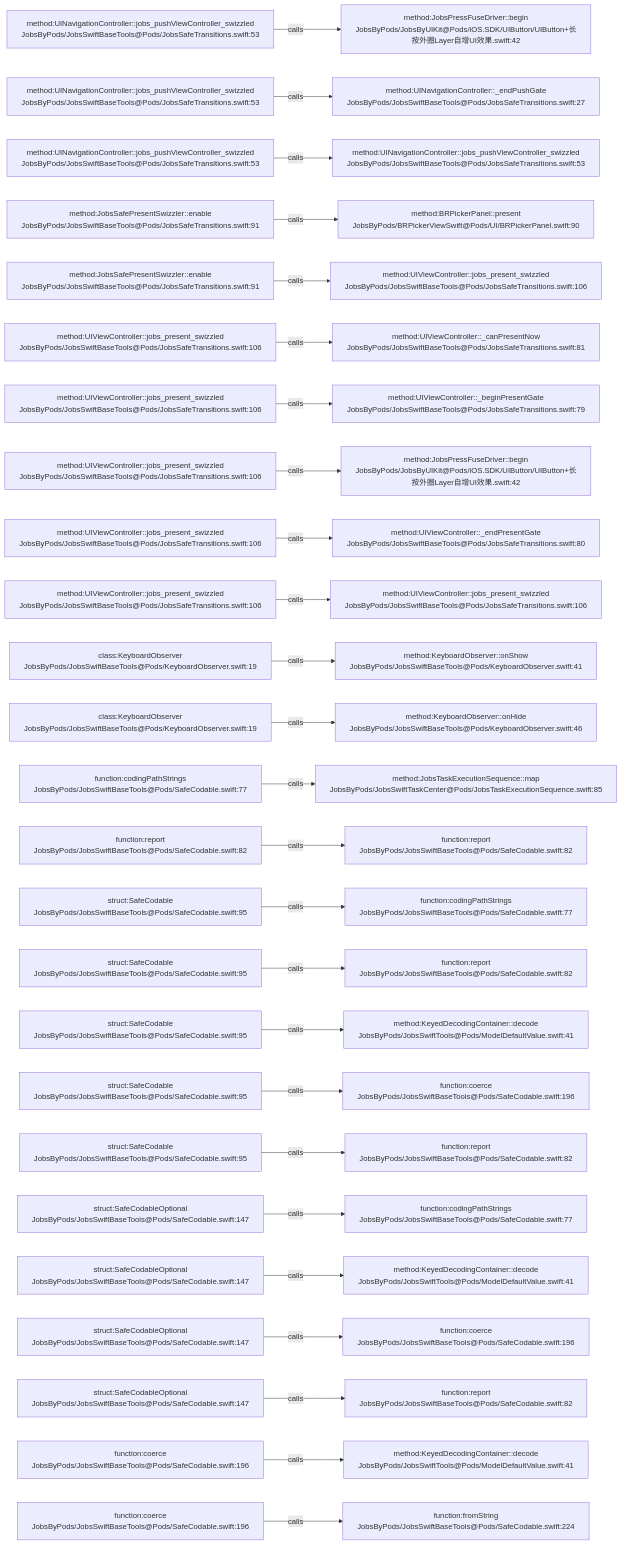
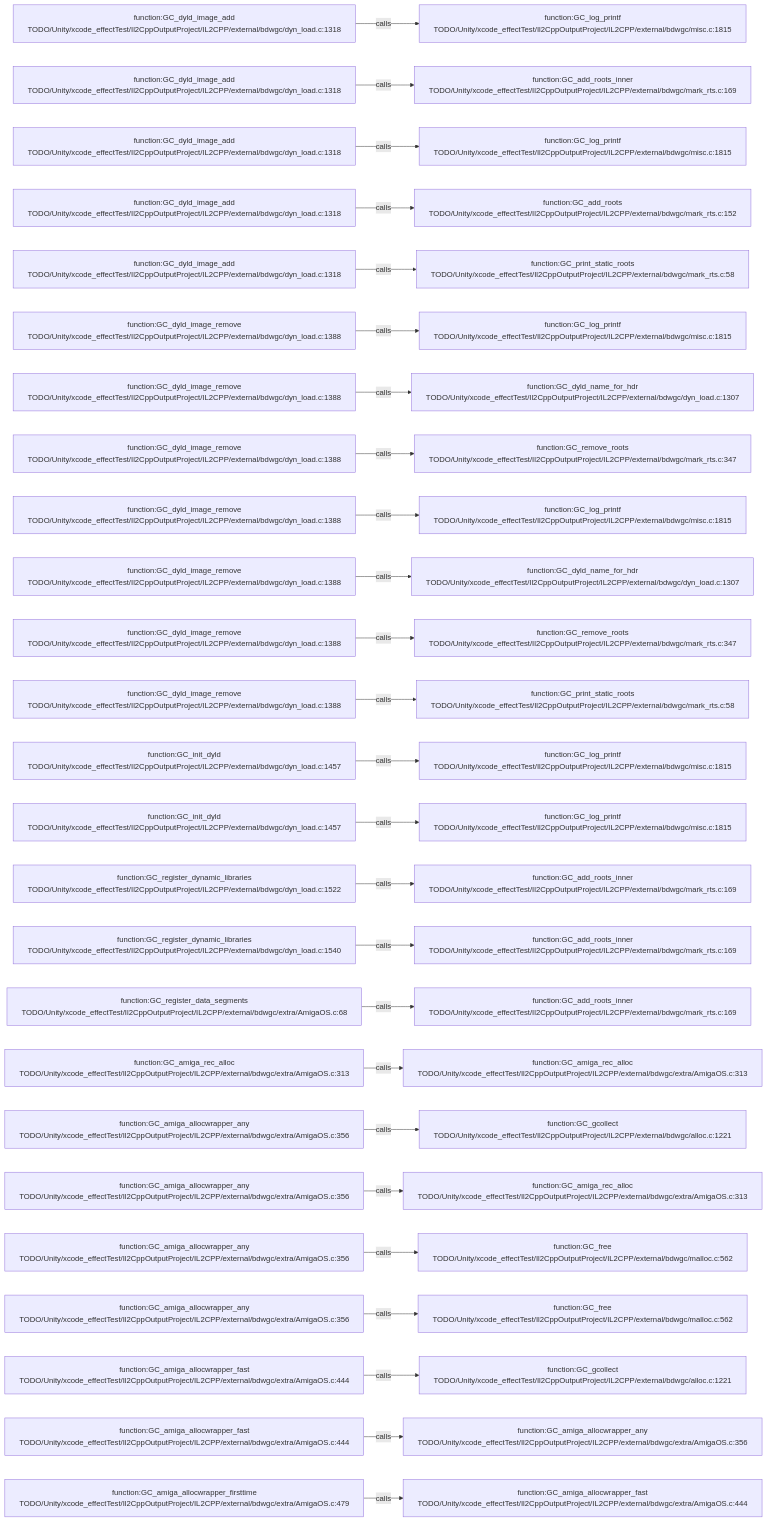
One commit to JobsKits/JobsSwiftBaseConfigDemo changed the diagram in .codegraph/codegraph.md/graphs/calls-173.md. Above: the diagram before and after it, drawn with Mermaid. The commit also changed 569 other files, not shown here.

````diff
--- a/.codegraph/codegraph.md/graphs/calls-173.md
+++ b/.codegraph/codegraph.md/graphs/calls-173.md
@@ -13,78 +13,78 @@
 ```mermaid
 flowchart LR
-  S1["method:UINavigationController::jobs_pushViewController_swizzled<br/>JobsByPods/JobsSwiftBaseTools@Pods/JobsSafeTransitions.swift:53"]
-  T1["method:JobsPressFuseDriver::begin<br/>JobsByPods/JobsByUIKit@Pods/iOS.SDK/UIButton/UIButton+长按外圈Layer自增UI效果.swift:42"]
+  S1["function:GC_dyld_image_add<br/>TODO/Unity/xcode_effectTest/Il2CppOutputProject/IL2CPP/external/bdwgc/dyn_load.c:1318"]
+  T1["function:GC_log_printf<br/>TODO/Unity/xcode_effectTest/Il2CppOutputProject/IL2CPP/external/bdwgc/misc.c:1815"]
   S1 -->|calls| T1
-  S2["method:UINavigationController::jobs_pushViewController_swizzled<br/>JobsByPods/JobsSwiftBaseTools@Pods/JobsSafeTransitions.swift:53"]
-  T2["method:UINavigationController::_endPushGate<br/>JobsByPods/JobsSwiftBaseTools@Pods/JobsSafeTransitions.swift:27"]
+  S2["function:GC_dyld_image_add<br/>TODO/Unity/xcode_effectTest/Il2CppOutputProject/IL2CPP/external/bdwgc/dyn_load.c:1318"]
+  T2["function:GC_add_roots_inner<br/>TODO/Unity/xcode_effectTest/Il2CppOutputProject/IL2CPP/external/bdwgc/mark_rts.c:169"]
   S2 -->|calls| T2
-  S3["method:UINavigationController::jobs_pushViewController_swizzled<br/>JobsByPods/JobsSwiftBaseTools@Pods/JobsSafeTransitions.swift:53"]
-  T3["method:UINavigationController::jobs_pushViewController_swizzled<br/>JobsByPods/JobsSwiftBaseTools@Pods/JobsSafeTransitions.swift:53"]
+  S3["function:GC_dyld_image_add<br/>TODO/Unity/xcode_effectTest/Il2CppOutputProject/IL2CPP/external/bdwgc/dyn_load.c:1318"]
+  T3["function:GC_log_printf<br/>TODO/Unity/xcode_effectTest/Il2CppOutputProject/IL2CPP/external/bdwgc/misc.c:1815"]
   S3 -->|calls| T3
-  S4["method:JobsSafePresentSwizzler::enable<br/>JobsByPods/JobsSwiftBaseTools@Pods/JobsSafeTransitions.swift:91"]
-  T4["method:BRPickerPanel::present<br/>JobsByPods/BRPickerViewSwift@Pods/UI/BRPickerPanel.swift:90"]
+  S4["function:GC_dyld_image_add<br/>TODO/Unity/xcode_effectTest/Il2CppOutputProject/IL2CPP/external/bdwgc/dyn_load.c:1318"]
+  T4["function:GC_add_roots<br/>TODO/Unity/xcode_effectTest/Il2CppOutputProject/IL2CPP/external/bdwgc/mark_rts.c:152"]
   S4 -->|calls| T4
-  S5["method:JobsSafePresentSwizzler::enable<br/>JobsByPods/JobsSwiftBaseTools@Pods/JobsSafeTransitions.swift:91"]
-  T5["method:UIViewController::jobs_present_swizzled<br/>JobsByPods/JobsSwiftBaseTools@Pods/JobsSafeTransitions.swift:106"]
+  S5["function:GC_dyld_image_add<br/>TODO/Unity/xcode_effectTest/Il2CppOutputProject/IL2CPP/external/bdwgc/dyn_load.c:1318"]
+  T5["function:GC_print_static_roots<br/>TODO/Unity/xcode_effectTest/Il2CppOutputProject/IL2CPP/external/bdwgc/mark_rts.c:58"]
   S5 -->|calls| T5
-  S6["method:UIViewController::jobs_present_swizzled<br/>JobsByPods/JobsSwiftBaseTools@Pods/JobsSafeTransitions.swift:106"]
-  T6["method:UIViewController::_canPresentNow<br/>JobsByPods/JobsSwiftBaseTools@Pods/JobsSafeTransitions.swift:81"]
+  S6["function:GC_dyld_image_remove<br/>TODO/Unity/xcode_effectTest/Il2CppOutputProject/IL2CPP/external/bdwgc/dyn_load.c:1388"]
+  T6["function:GC_log_printf<br/>TODO/Unity/xcode_effectTest/Il2CppOutputProject/IL2CPP/external/bdwgc/misc.c:1815"]
   S6 -->|calls| T6
-  S7["method:UIViewController::jobs_present_swizzled<br/>JobsByPods/JobsSwiftBaseTools@Pods/JobsSafeTransitions.swift:106"]
-  T7["method:UIViewController::_beginPresentGate<br/>JobsByPods/JobsSwiftBaseTools@Pods/JobsSafeTransitions.swift:79"]
+  S7["function:GC_dyld_image_remove<br/>TODO/Unity/xcode_effectTest/Il2CppOutputProject/IL2CPP/external/bdwgc/dyn_load.c:1388"]
+  T7["function:GC_dyld_name_for_hdr<br/>TODO/Unity/xcode_effectTest/Il2CppOutputProject/IL2CPP/external/bdwgc/dyn_load.c:1307"]
   S7 -->|calls| T7
-  S8["method:UIViewController::jobs_present_swizzled<br/>JobsByPods/JobsSwiftBaseTools@Pods/JobsSafeTransitions.swift:106"]
-  T8["method:JobsPressFuseDriver::begin<br/>JobsByPods/JobsByUIKit@Pods/iOS.SDK/UIButton/UIButton+长按外圈Layer自增UI效果.swift:42"]
+  S8["function:GC_dyld_image_remove<br/>TODO/Unity/xcode_effectTest/Il2CppOutputProject/IL2CPP/external/bdwgc/dyn_load.c:1388"]
+  T8["function:GC_remove_roots<br/>TODO/Unity/xcode_effectTest/Il2CppOutputProject/IL2CPP/external/bdwgc/mark_rts.c:347"]
   S8 -->|calls| T8
-  S9["method:UIViewController::jobs_present_swizzled<br/>JobsByPods/JobsSwiftBaseTools@Pods/JobsSafeTransitions.swift:106"]
-  T9["method:UIViewController::_endPresentGate<br/>JobsByPods/JobsSwiftBaseTools@Pods/JobsSafeTransitions.swift:80"]
+  S9["function:GC_dyld_image_remove<br/>TODO/Unity/xcode_effectTest/Il2CppOutputProject/IL2CPP/external/bdwgc/dyn_load.c:1388"]
+  T9["function:GC_log_printf<br/>TODO/Unity/xcode_effectTest/Il2CppOutputProject/IL2CPP/external/bdwgc/misc.c:1815"]
   S9 -->|calls| T9
-  S10["method:UIViewController::jobs_present_swizzled<br/>JobsByPods/JobsSwiftBaseTools@Pods/JobsSafeTransitions.swift:106"]
-  T10["method:UIViewController::jobs_present_swizzled<br/>JobsByPods/JobsSwiftBaseTools@Pods/JobsSafeTransitions.swift:106"]
+  S10["function:GC_dyld_image_remove<br/>TODO/Unity/xcode_effectTest/Il2CppOutputProject/IL2CPP/external/bdwgc/dyn_load.c:1388"]
+  T10["function:GC_dyld_name_for_hdr<br/>TODO/Unity/xcode_effectTest/Il2CppOutputProject/IL2CPP/external/bdwgc/dyn_load.c:1307"]
   S10 -->|calls| T10
-  S11["class:KeyboardObserver<br/>JobsByPods/JobsSwiftBaseTools@Pods/KeyboardObserver.swift:19"]
-  T11["method:KeyboardObserver::onShow<br/>JobsByPods/JobsSwiftBaseTools@Pods/KeyboardObserver.swift:41"]
+  S11["function:GC_dyld_image_remove<br/>TODO/Unity/xcode_effectTest/Il2CppOutputProject/IL2CPP/external/bdwgc/dyn_load.c:1388"]
+  T11["function:GC_remove_roots<br/>TODO/Unity/xcode_effectTest/Il2CppOutputProject/IL2CPP/external/bdwgc/mark_rts.c:347"]
   S11 -->|calls| T11
-  S12["class:KeyboardObserver<br/>JobsByPods/JobsSwiftBaseTools@Pods/KeyboardObserver.swift:19"]
-  T12["method:KeyboardObserver::onHide<br/>JobsByPods/JobsSwiftBaseTools@Pods/KeyboardObserver.swift:46"]
+  S12["function:GC_dyld_image_remove<br/>TODO/Unity/xcode_effectTest/Il2CppOutputProject/IL2CPP/external/bdwgc/dyn_load.c:1388"]
+  T12["function:GC_print_static_roots<br/>TODO/Unity/xcode_effectTest/Il2CppOutputProject/IL2CPP/external/bdwgc/mark_rts.c:58"]
   S12 -->|calls| T12
-  S13["function:codingPathStrings<br/>JobsByPods/JobsSwiftBaseTools@Pods/SafeCodable.swift:77"]
-  T13["method:JobsTaskExecutionSequence::map<br/>JobsByPods/JobsSwiftTaskCenter@Pods/JobsTaskExecutionSequence.swift:85"]
+  S13["function:GC_init_dyld<br/>TODO/Unity/xcode_effectTest/Il2CppOutputProject/IL2CPP/external/bdwgc/dyn_load.c:1457"]
+  T13["function:GC_log_printf<br/>TODO/Unity/xcode_effectTest/Il2CppOutputProject/IL2CPP/external/bdwgc/misc.c:1815"]
   S13 -->|calls| T13
-  S14["function:report<br/>JobsByPods/JobsSwiftBaseTools@Pods/SafeCodable.swift:82"]
-  T14["function:report<br/>JobsByPods/JobsSwiftBaseTools@Pods/SafeCodable.swift:82"]
+  S14["function:GC_init_dyld<br/>TODO/Unity/xcode_effectTest/Il2CppOutputProject/IL2CPP/external/bdwgc/dyn_load.c:1457"]
+  T14["function:GC_log_printf<br/>TODO/Unity/xcode_effectTest/Il2CppOutputProject/IL2CPP/external/bdwgc/misc.c:1815"]
   S14 -->|calls| T14
-  S15["struct:SafeCodable<br/>JobsByPods/JobsSwiftBaseTools@Pods/SafeCodable.swift:95"]
-  T15["function:codingPathStrings<br/>JobsByPods/JobsSwiftBaseTools@Pods/SafeCodable.swift:77"]
+  S15["function:GC_register_dynamic_libraries<br/>TODO/Unity/xcode_effectTest/Il2CppOutputProject/IL2CPP/external/bdwgc/dyn_load.c:1522"]
+  T15["function:GC_add_roots_inner<br/>TODO/Unity/xcode_effectTest/Il2CppOutputProject/IL2CPP/external/bdwgc/mark_rts.c:169"]
   S15 -->|calls| T15
-  S16["struct:SafeCodable<br/>JobsByPods/JobsSwiftBaseTools@Pods/SafeCodable.swift:95"]
-  T16["function:report<br/>JobsByPods/JobsSwiftBaseTools@Pods/SafeCodable.swift:82"]
+  S16["function:GC_register_dynamic_libraries<br/>TODO/Unity/xcode_effectTest/Il2CppOutputProject/IL2CPP/external/bdwgc/dyn_load.c:1540"]
+  T16["function:GC_add_roots_inner<br/>TODO/Unity/xcode_effectTest/Il2CppOutputProject/IL2CPP/external/bdwgc/mark_rts.c:169"]
   S16 -->|calls| T16
-  S17["struct:SafeCodable<br/>JobsByPods/JobsSwiftBaseTools@Pods/SafeCodable.swift:95"]
-  T17["method:KeyedDecodingContainer::decode<br/>JobsByPods/JobsSwiftTools@Pods/ModelDefaultValue.swift:41"]
+  S17["function:GC_register_data_segments<br/>TODO/Unity/xcode_effectTest/Il2CppOutputProject/IL2CPP/external/bdwgc/extra/AmigaOS.c:68"]
+  T17["function:GC_add_roots_inner<br/>TODO/Unity/xcode_effectTest/Il2CppOutputProject/IL2CPP/external/bdwgc/mark_rts.c:169"]
   S17 -->|calls| T17
-  S18["struct:SafeCodable<br/>JobsByPods/JobsSwiftBaseTools@Pods/SafeCodable.swift:95"]
-  T18["function:coerce<br/>JobsByPods/JobsSwiftBaseTools@Pods/SafeCodable.swift:196"]
+  S18["function:GC_amiga_rec_alloc<br/>TODO/Unity/xcode_effectTest/Il2CppOutputProject/IL2CPP/external/bdwgc/extra/AmigaOS.c:313"]
+  T18["function:GC_amiga_rec_alloc<br/>TODO/Unity/xcode_effectTest/Il2CppOutputProject/IL2CPP/external/bdwgc/extra/AmigaOS.c:313"]
   S18 -->|calls| T18
-  S19["struct:SafeCodable<br/>JobsByPods/JobsSwiftBaseTools@Pods/SafeCodable.swift:95"]
-  T19["function:report<br/>JobsByPods/JobsSwiftBaseTools@Pods/SafeCodable.swift:82"]
+  S19["function:GC_amiga_allocwrapper_any<br/>TODO/Unity/xcode_effectTest/Il2CppOutputProject/IL2CPP/external/bdwgc/extra/AmigaOS.c:356"]
+  T19["function:GC_gcollect<br/>TODO/Unity/xcode_effectTest/Il2CppOutputProject/IL2CPP/external/bdwgc/alloc.c:1221"]
   S19 -->|calls| T19
-  S20["struct:SafeCodableOptional<br/>JobsByPods/JobsSwiftBaseTools@Pods/SafeCodable.swift:147"]
-  T20["function:codingPathStrings<br/>JobsByPods/JobsSwiftBaseTools@Pods/SafeCodable.swift:77"]
+  S20["function:GC_amiga_allocwrapper_any<br/>TODO/Unity/xcode_effectTest/Il2CppOutputProject/IL2CPP/external/bdwgc/extra/AmigaOS.c:356"]
+  T20["function:GC_amiga_rec_alloc<br/>TODO/Unity/xcode_effectTest/Il2CppOutputProject/IL2CPP/external/bdwgc/extra/AmigaOS.c:313"]
   S20 -->|calls| T20
-  S21["struct:SafeCodableOptional<br/>JobsByPods/JobsSwiftBaseTools@Pods/SafeCodable.swift:147"]
-  T21["method:KeyedDecodingContainer::decode<br/>JobsByPods/JobsSwiftTools@Pods/ModelDefaultValue.swift:41"]
+  S21["function:GC_amiga_allocwrapper_any<br/>TODO/Unity/xcode_effectTest/Il2CppOutputProject/IL2CPP/external/bdwgc/extra/AmigaOS.c:356"]
+  T21["function:GC_free<br/>TODO/Unity/xcode_effectTest/Il2CppOutputProject/IL2CPP/external/bdwgc/malloc.c:562"]
   S21 -->|calls| T21
-  S22["struct:SafeCodableOptional<br/>JobsByPods/JobsSwiftBaseTools@Pods/SafeCodable.swift:147"]
-  T22["function:coerce<br/>JobsByPods/JobsSwiftBaseTools@Pods/SafeCodable.swift:196"]
+  S22["function:GC_amiga_allocwrapper_any<br/>TODO/Unity/xcode_effectTest/Il2CppOutputProject/IL2CPP/external/bdwgc/extra/AmigaOS.c:356"]
+  T22["function:GC_free<br/>TODO/Unity/xcode_effectTest/Il2CppOutputProject/IL2CPP/external/bdwgc/malloc.c:562"]
   S22 -->|calls| T22
-  S23["struct:SafeCodableOptional<br/>JobsByPods/JobsSwiftBaseTools@Pods/SafeCodable.swift:147"]
-  T23["function:report<br/>JobsByPods/JobsSwiftBaseTools@Pods/SafeCodable.swift:82"]
+  S23["function:GC_amiga_allocwrapper_fast<br/>TODO/Unity/xcode_effectTest/Il2CppOutputProject/IL2CPP/external/bdwgc/extra/AmigaOS.c:444"]
+  T23["function:GC_gcollect<br/>TODO/Unity/xcode_effectTest/Il2CppOutputProject/IL2CPP/external/bdwgc/alloc.c:1221"]
   S23 -->|calls| T23
-  S24["function:coerce<br/>JobsByPods/JobsSwiftBaseTools@Pods/SafeCodable.swift:196"]
-  T24["method:KeyedDecodingContainer::decode<br/>JobsByPods/JobsSwiftTools@Pods/ModelDefaultValue.swift:41"]
+  S24["function:GC_amiga_allocwrapper_fast<br/>TODO/Unity/xcode_effectTest/Il2CppOutputProject/IL2CPP/external/bdwgc/extra/AmigaOS.c:444"]
+  T24["function:GC_amiga_allocwrapper_any<br/>TODO/Unity/xcode_effectTest/Il2CppOutputProject/IL2CPP/external/bdwgc/extra/AmigaOS.c:356"]
   S24 -->|calls| T24
-  S25["function:coerce<br/>JobsByPods/JobsSwiftBaseTools@Pods/SafeCodable.swift:196"]
-  T25["function:fromString<br/>JobsByPods/JobsSwiftBaseTools@Pods/SafeCodable.swift:224"]
+  S25["function:GC_amiga_allocwrapper_firsttime<br/>TODO/Unity/xcode_effectTest/Il2CppOutputProject/IL2CPP/external/bdwgc/extra/AmigaOS.c:479"]
+  T25["function:GC_amiga_allocwrapper_fast<br/>TODO/Unity/xcode_effectTest/Il2CppOutputProject/IL2CPP/external/bdwgc/extra/AmigaOS.c:444"]
   S25 -->|calls| T25
 ```
````
